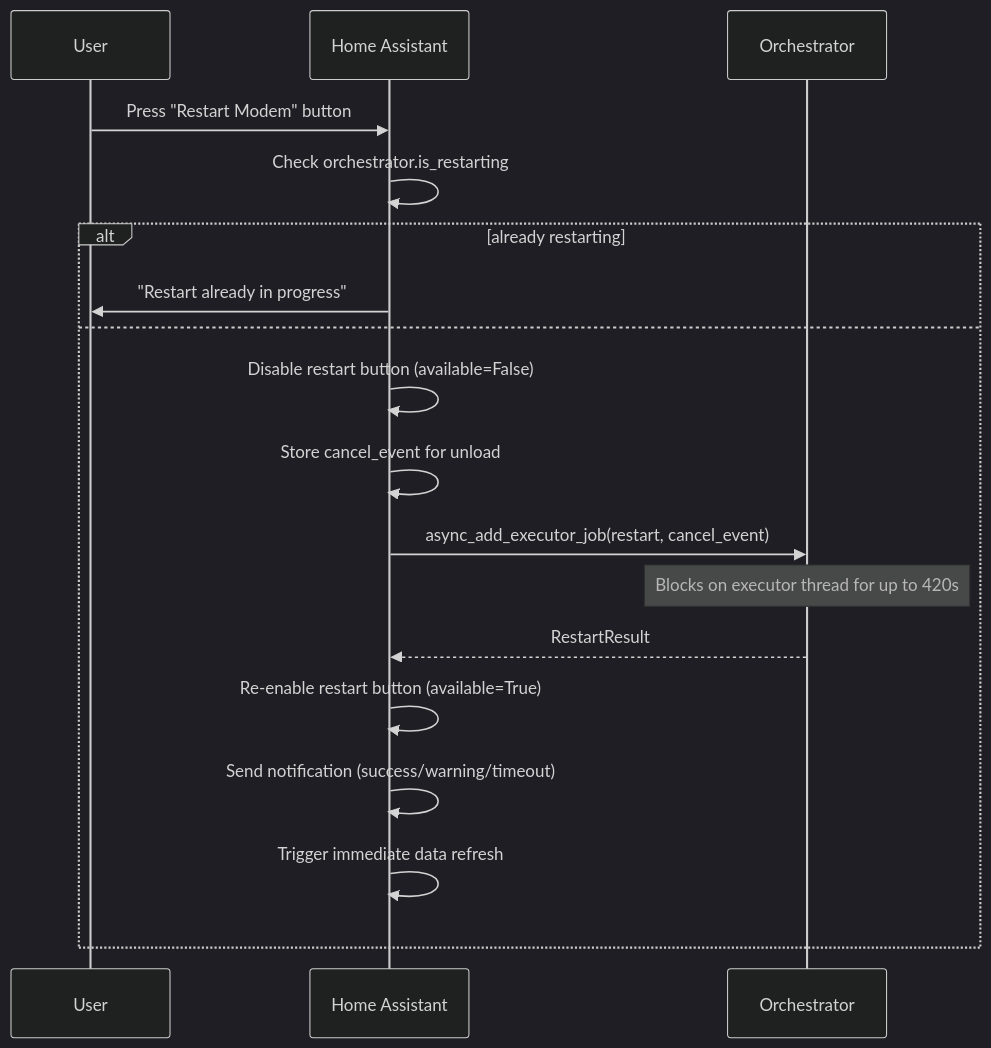
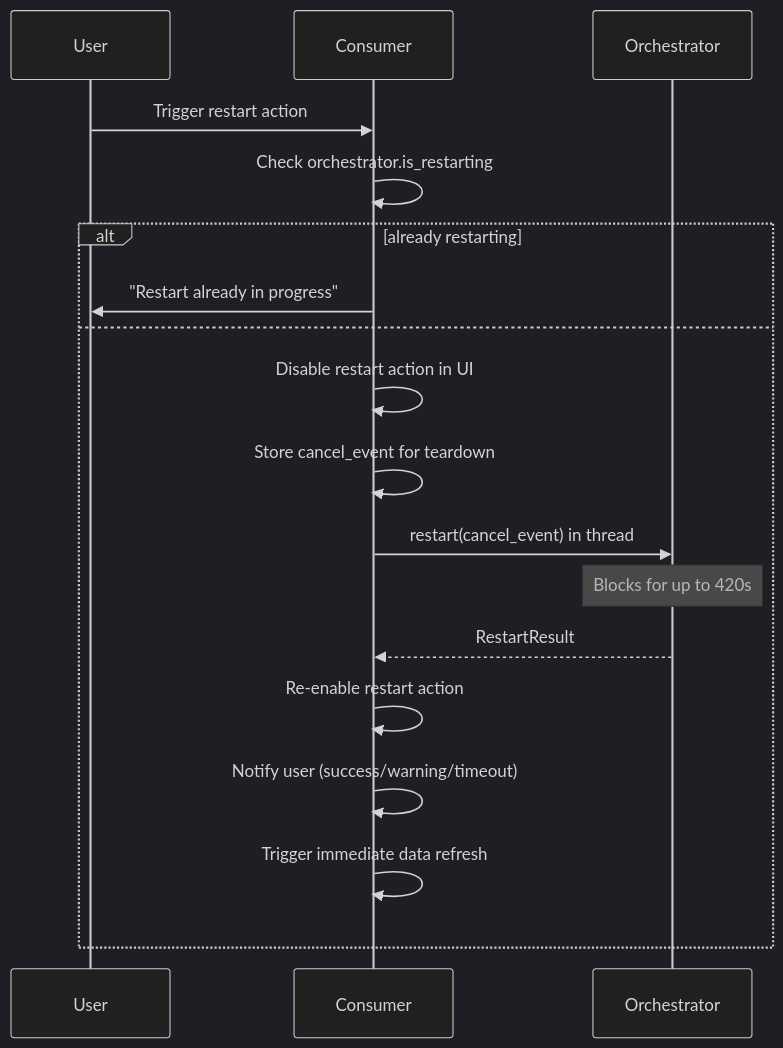
Before and after one commit to solentlabs/cable_modem_monitor: the third of 7 diagrams in packages/cable_modem_monitor_core/docs/ORCHESTRATION_USE_CASES.md, drawn with Mermaid (dark theme). The commit also changed other lines of this file and 145 other files, not shown here.

````diff
--- a/packages/cable_modem_monitor_core/docs/ORCHESTRATION_USE_CASES.md
+++ b/packages/cable_modem_monitor_core/docs/ORCHESTRATION_USE_CASES.md
@@ -991,22 +987,22 @@
 ```mermaid
 sequenceDiagram
     participant U as User
-    participant HA as Home Assistant
+    participant C as Consumer
     participant O as Orchestrator
 
-    U->>HA: Press "Restart Modem" button
-    HA->>HA: Check orchestrator.is_restarting
+    U->>C: Trigger restart action
+    C->>C: Check orchestrator.is_restarting
 
     alt already restarting
-        HA->>U: "Restart already in progress"
+        C->>U: "Restart already in progress"
     else
-        HA->>HA: Disable restart button (available=False)
-        HA->>HA: Store cancel_event for unload
-        HA->>O: async_add_executor_job(restart, cancel_event)
-        Note over O: Blocks on executor thread for up to 420s
-        O-->>HA: RestartResult
-        HA->>HA: Re-enable restart button (available=True)
-        HA->>HA: Send notification (success/warning/timeout)
-        HA->>HA: Trigger immediate data refresh
+        C->>C: Disable restart action in UI
+        C->>C: Store cancel_event for teardown
+        C->>O: restart(cancel_event) in thread
+        Note over O: Blocks for up to 420s
+        O-->>C: RestartResult
+        C->>C: Re-enable restart action
+        C->>C: Notify user (success/warning/timeout)
+        C->>C: Trigger immediate data refresh
     end
 ```
````
